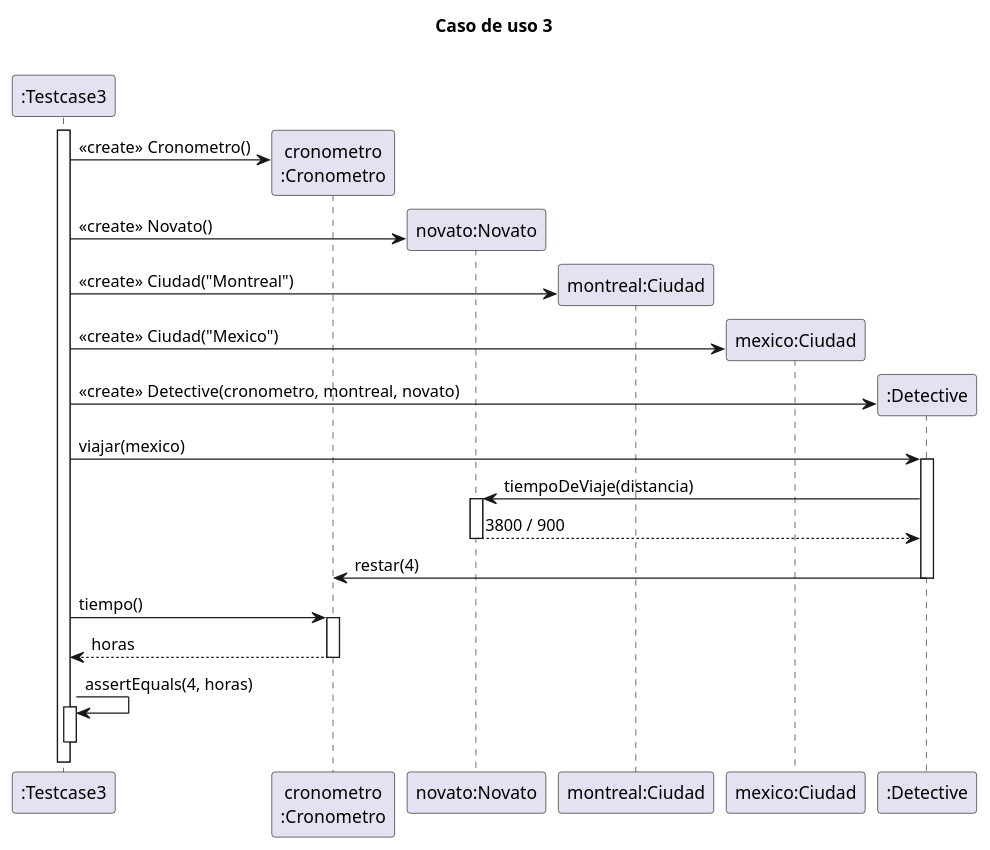
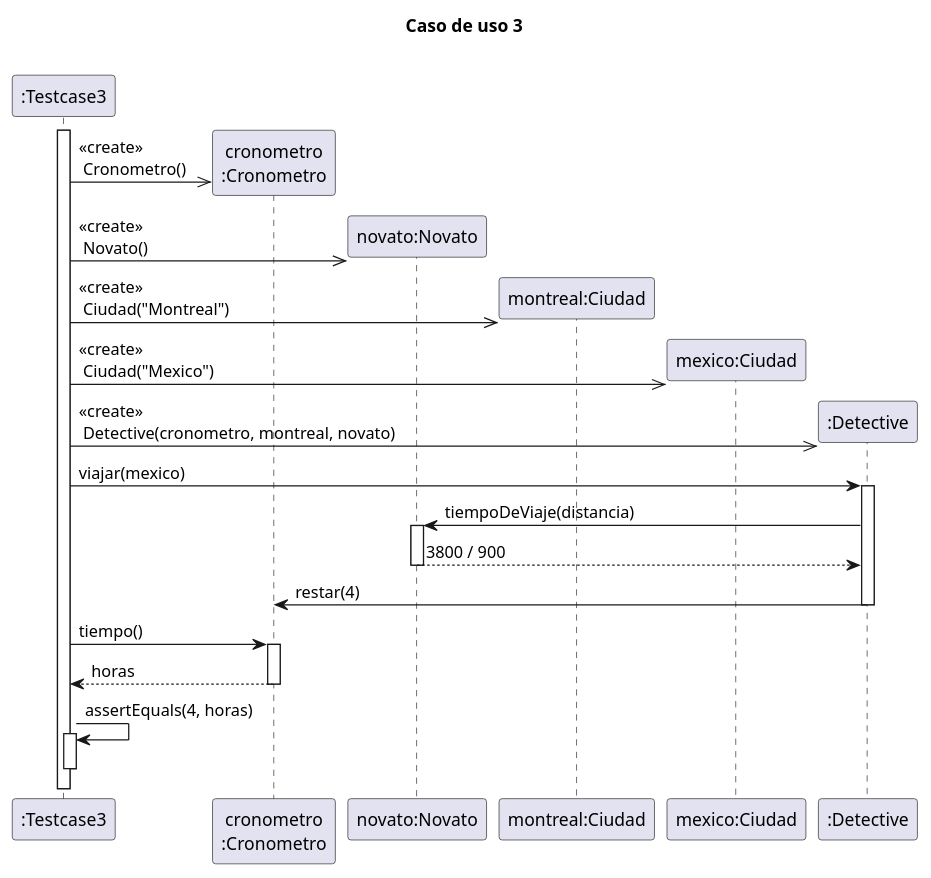
One commit to MegaRedHand/algo-thief changed the diagram in diagrams/sequences/secuencia_testcase03.plantuml. Above: the diagram before and after it, drawn with PlantUML. The commit also changed 10 other files, not shown here.

```diff
--- a/diagrams/sequences/secuencia_testcase03.plantuml
+++ b/diagrams/sequences/secuencia_testcase03.plantuml
@@ -1,40 +1,40 @@
 @startuml
 
 title "Caso de uso 3"
 
 participant ":Testcase3" as testcase
 participant "cronometro\n:Cronometro" as cron
 participant "novato:Novato" as novato
 participant "montreal:Ciudad" as montreal
 participant "mexico:Ciudad" as mexico
 participant ":Detective" as detective
 
 activate testcase
 create cron
-testcase -> cron: <<create>> Cronometro()
+testcase ->> cron: <<create>>\n Cronometro()
 create novato
-testcase -> novato: <<create>> Novato()
+testcase ->> novato: <<create>>\n Novato()
 create montreal
-testcase -> montreal: <<create>> Ciudad("Montreal")
+testcase ->> montreal: <<create>>\n Ciudad("Montreal")
 create mexico
-testcase -> mexico: <<create>> Ciudad("Mexico")
+testcase ->> mexico: <<create>>\n Ciudad("Mexico")
 create detective
-testcase -> detective: <<create>> Detective(cronometro, montreal, novato)
+testcase ->> detective: <<create>>\n Detective(cronometro, montreal, novato)
 
 testcase -> detective: viajar(mexico)
     activate detective
     detective -> novato: tiempoDeViaje(distancia)
         activate novato
         return 3800 / 900
     detective -> cron: restar(4)
     deactivate detective
 
 testcase -> cron: tiempo()
     activate cron
     return horas
 
 testcase -> testcase: assertEquals(4, horas)
 activate testcase
 deactivate testcase
 
 @enduml
```
